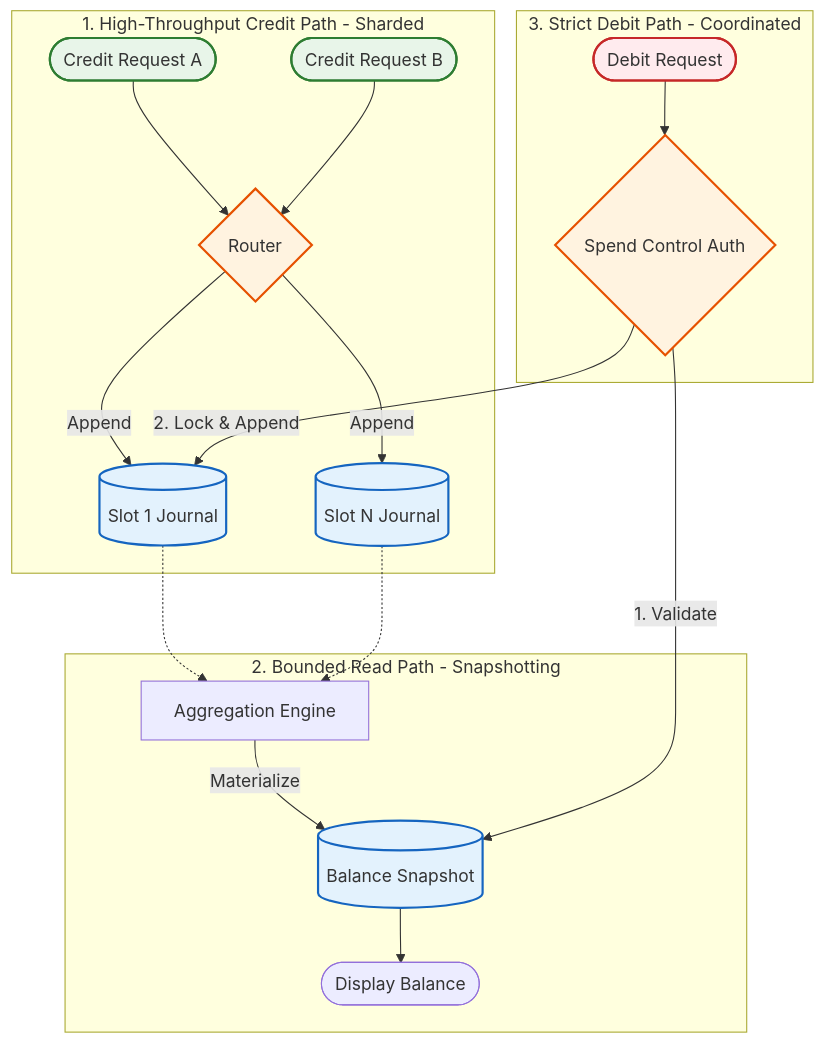
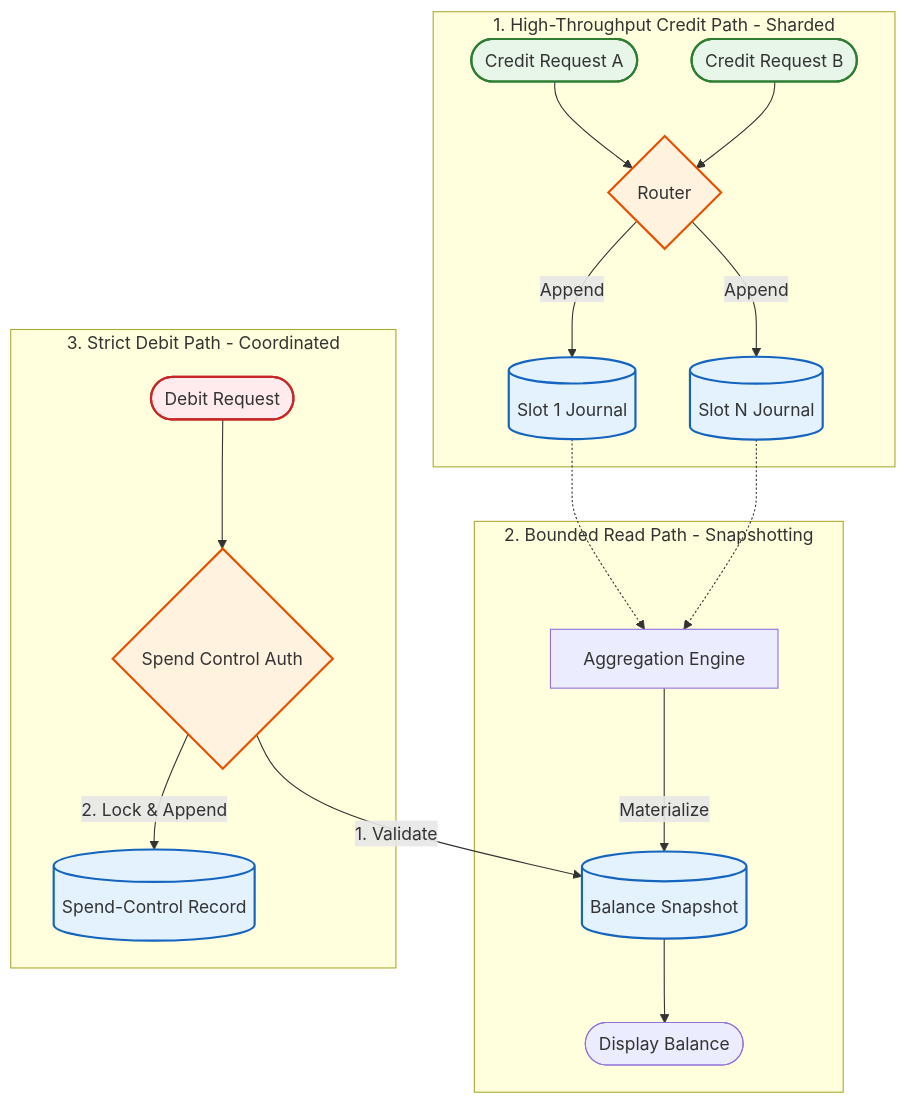
One commit to tuanhiep/tuanhiep.github.io changed the diagram in content/posts/series_2/3.global_payment_gateway_ledger.md. Above: the diagram before and after it, drawn with Mermaid. The commit also changed other lines of this file, not shown here.

````diff
--- a/content/posts/series_2/3.global_payment_gateway_ledger.md
+++ b/content/posts/series_2/3.global_payment_gateway_ledger.md
@@ -82,32 +82,32 @@
 ```mermaid
 graph TD
     classDef credit fill:#e8f5e9,stroke:#2e7d32,stroke-width:2px;
     classDef debit fill:#ffebee,stroke:#c62828,stroke-width:2px;
     classDef store fill:#e3f2fd,stroke:#1565c0,stroke-width:2px;
     classDef core fill:#fff3e0,stroke:#e65100,stroke-width:2px;
 
     subgraph SG1 [1. High-Throughput Credit Path - Sharded]
         C1([Credit Request A]):::credit
         C2([Credit Request B]):::credit
         Router{Router}:::core
         C1 --> Router
         C2 --> Router
         Router -->|Append| S1[(Slot 1 Journal)]:::store
         Router -->|Append| S2[(Slot N Journal)]:::store
     end
 
     subgraph SG2 [2. Bounded Read Path - Snapshotting]
         S1 -.-> Agg[Aggregation Engine]
         S2 -.-> Agg
         Agg -->|Materialize| Snap[(Balance Snapshot)]:::store
         Snap --> View([Display Balance])
     end
 
     subgraph SG3 [3. Strict Debit Path - Coordinated]
         D1([Debit Request]):::debit
         Auth{Spend Control Auth}:::core
         D1 --> Auth
         Auth -->|1. Validate| Snap
-        Auth -->|2. Lock & Append| S1
+        Auth -->|2. Lock & Append| DJ[(Spend-Control Record)]:::store
     end
 ```
````
